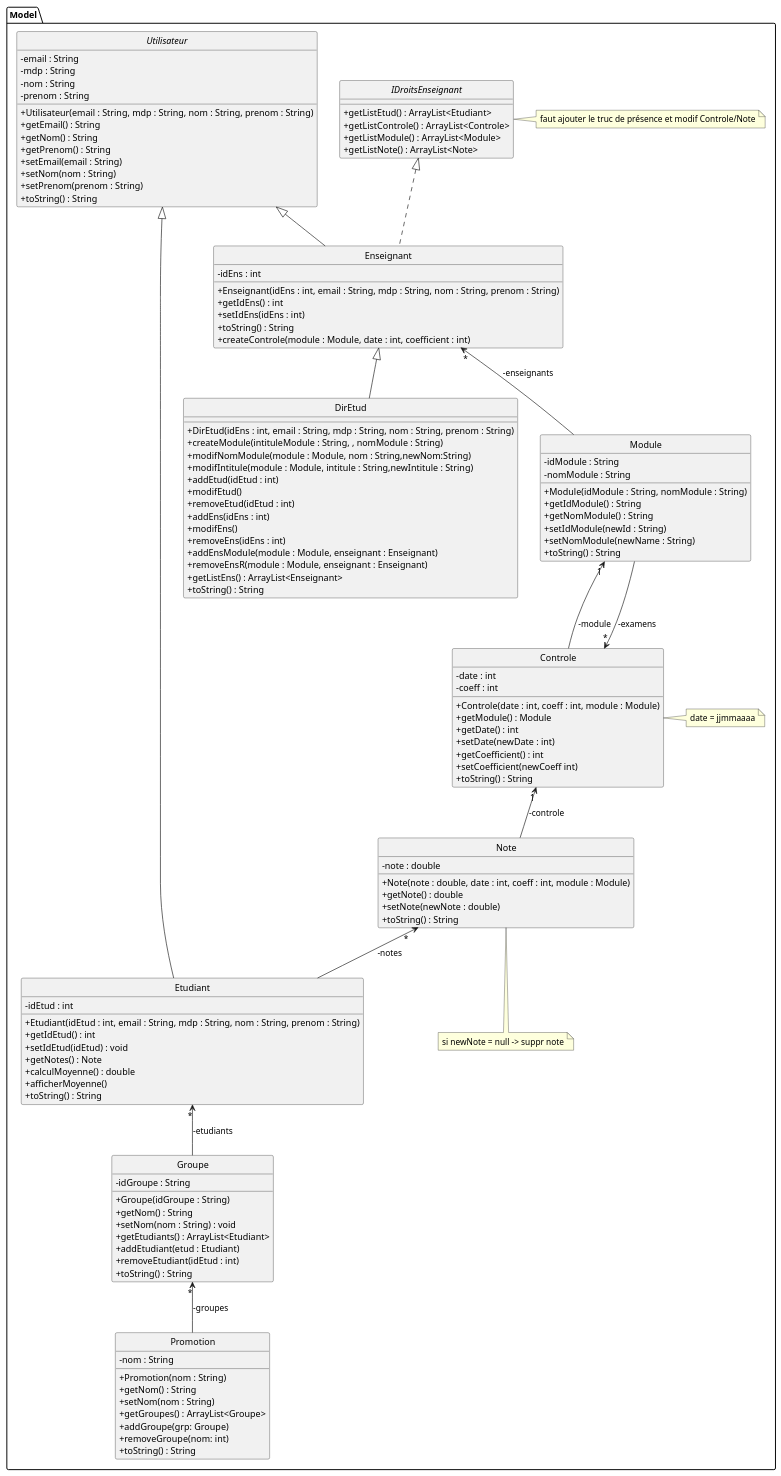
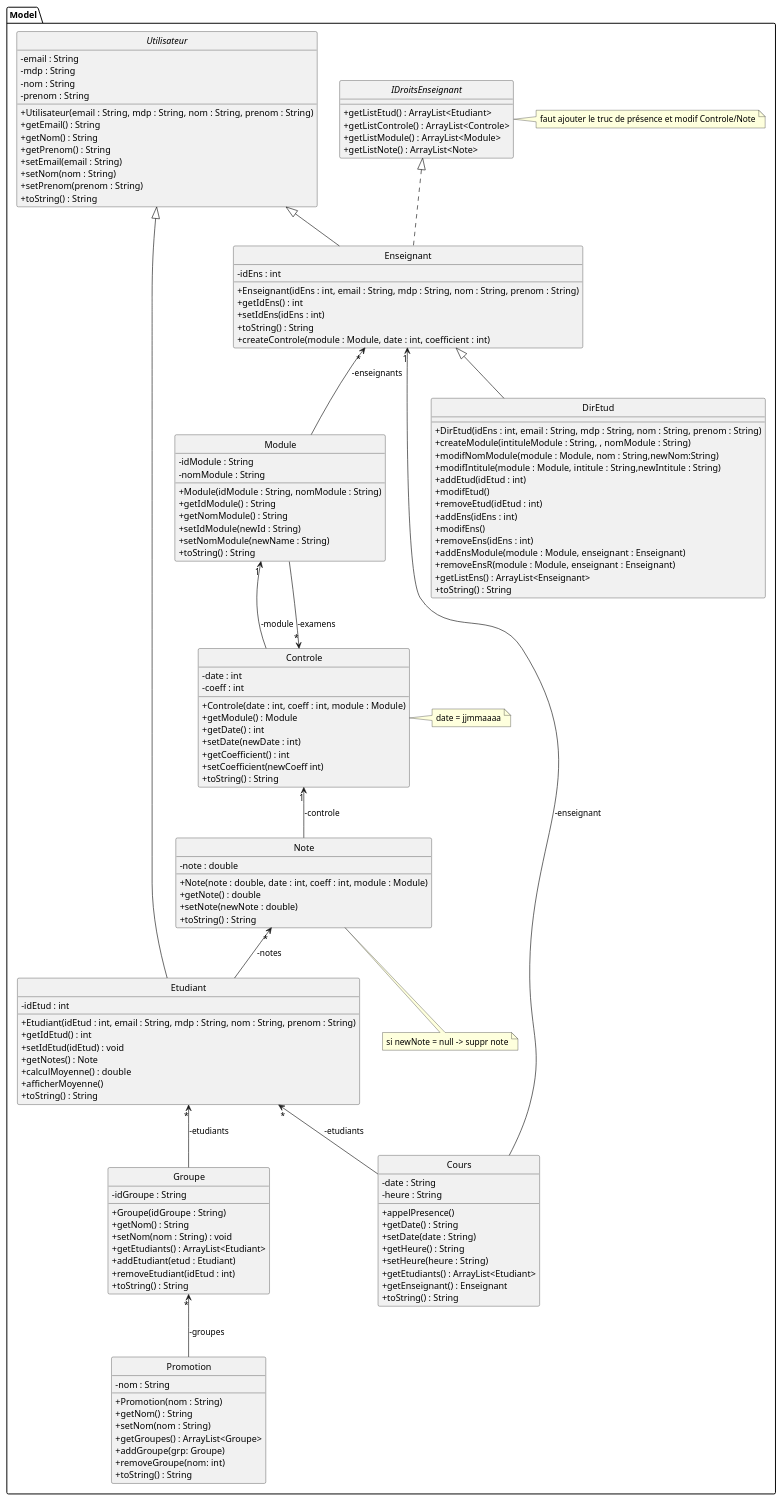
Before and after one commit to Lohasta/Kallax: the diagram in s201_UML.md, drawn with PlantUML.

Commit message:
added class cours

```diff
--- a/s201_UML.md
+++ b/s201_UML.md
@@ -29,7 +29,6 @@
 note right of IDroitsEnseignant{
 faut ajouter le truc de présence et modif Controle/Note
 }
-
 class Etudiant{
 -idEtud : int
 +Etudiant(idEtud : int, email : String, mdp : String, nom : String, prenom : String)
@@ -40,7 +39,6 @@
 +afficherMoyenne()
 +toString() : String
 }
-
 class Enseignant{
 -idEns : int
 +Enseignant(idEns : int, email : String, mdp : String, nom : String, prenom : String)
@@ -48,8 +46,8 @@
 +setIdEns(idEns : int)
 +toString() : String
 +createControle(module : Module, date : int, coefficient : int)
+
 }
-
 class DirEtud{
 +DirEtud(idEns : int, email : String, mdp : String, nom : String, prenom : String)
 +createModule(intituleModule : String, , nomModule : String)
@@ -77,7 +75,6 @@
 +setNomModule(newName : String)
 +toString() : String
 }
-
 +class Controle{
 -date : int
 -coeff : int
@@ -93,6 +90,24 @@
 date = jjmmaaaa
 }
 
++class Cours{
+
+-date : String
+-heure : String
+
++appelPresence()
++getDate() : String
++setDate(date : String)
++getHeure() : String
++setHeure(heure : String)
++getEtudiants() : ArrayList<Etudiant>
++getEnseignant() : Enseignant
++toString() : String
+
+}
+
+
+
 +class Note{
 -note : double
 +Note(note : double, date : int, coeff : int, module : Module)
@@ -103,7 +118,6 @@
 note bottom of Note{
 si newNote = null -> suppr note
 }
-
 +class Promotion{
 -nom : String
 +Promotion(nom : String)
@@ -114,7 +128,6 @@
 +removeGroupe(nom: int)
 +toString() : String
 }
-
 +class Groupe{
 -idGroupe : String
 +Groupe(idGroupe : String)
@@ -125,8 +138,6 @@
 +removeEtudiant(idEtud : int)
 +toString() : String
 }
-
-
 IDroitsEnseignant <|.. Enseignant
 Note "*" <-- Etudiant : -notes
 Module "1" <-- Controle : -module
@@ -134,6 +145,8 @@
 Enseignant "*" <-- Module : -enseignants
 Etudiant "*" <-- Groupe: -etudiants
 Groupe "*" <-- Promotion : -groupes
+Enseignant "1" <-- Cours : -enseignant
+Etudiant "*" <-- Cours : -etudiants
 Utilisateur <|-- Etudiant
 Controle "1" <-- Note : -controle
 Utilisateur <|-- Enseignant
```
